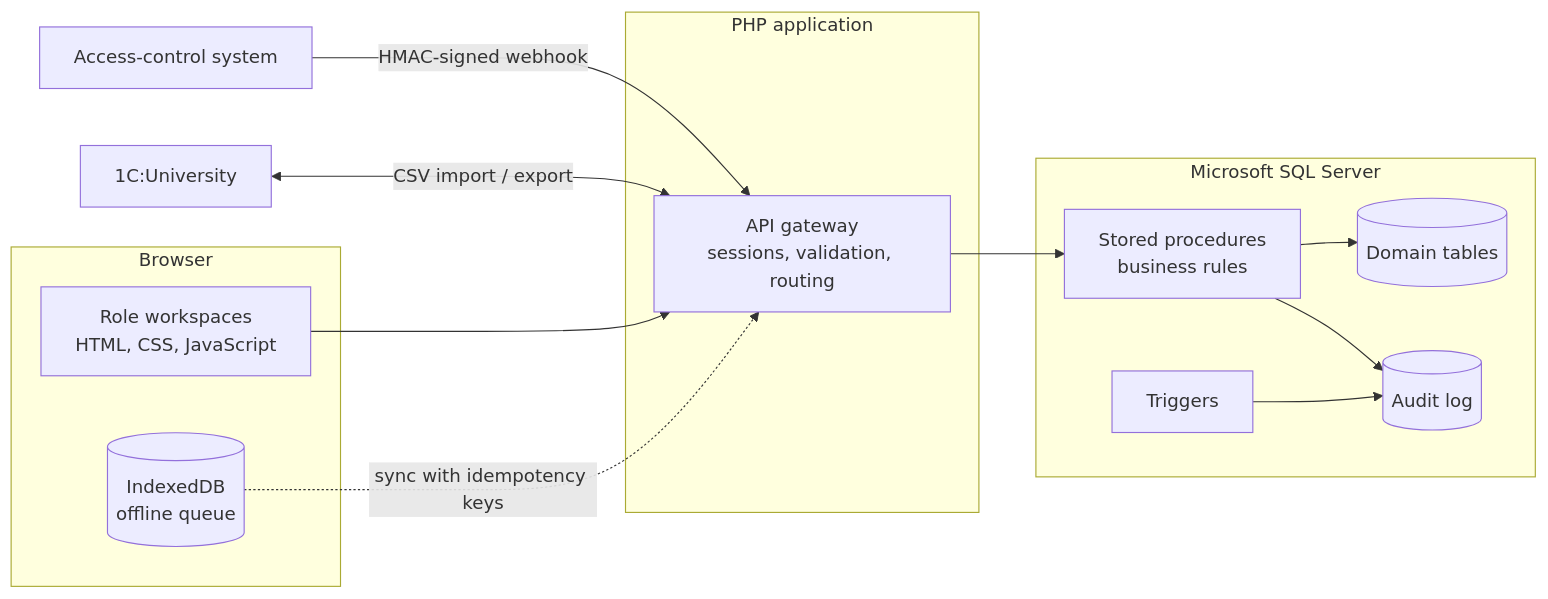
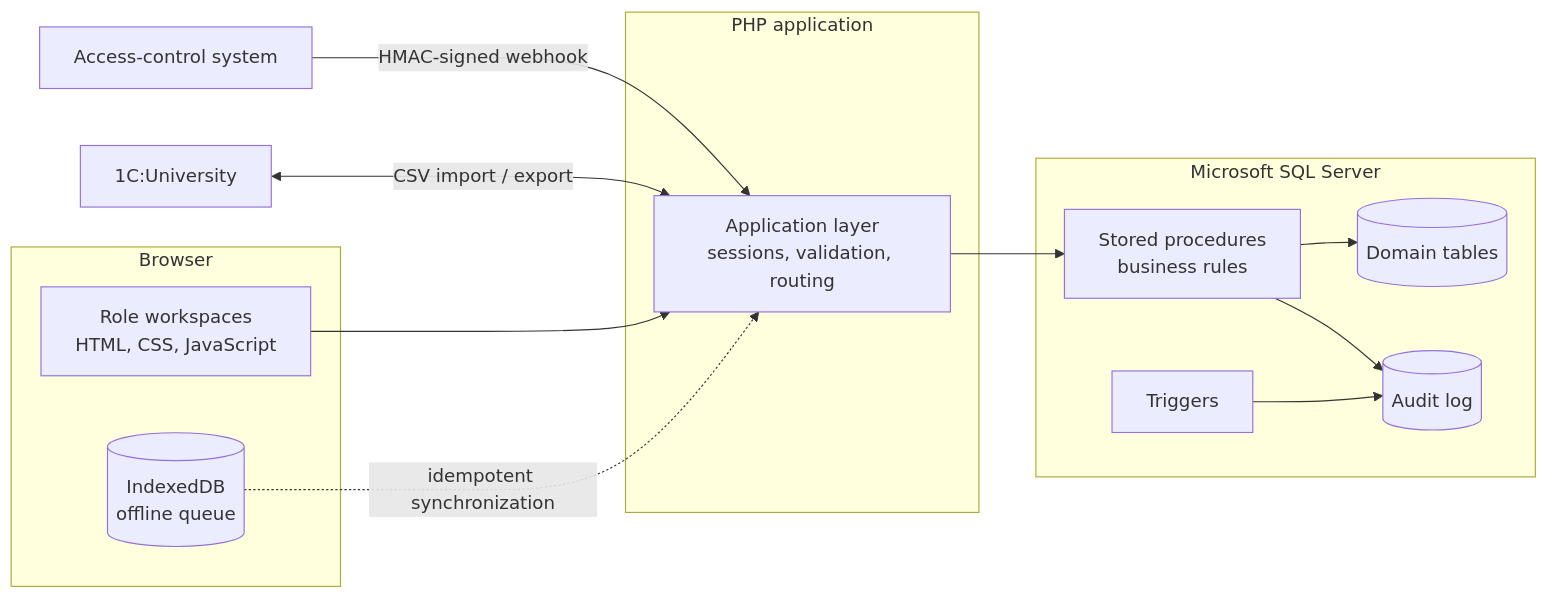
The diagram in README.md (Mustafafathi/Mustafafathi), drawn with Mermaid before and after one commit. The commit also changed other lines of this file, not shown here.

````diff
--- a/README.md
+++ b/README.md
@@ -121,24 +162,27 @@
 ```mermaid
 flowchart LR
     subgraph Browser
         UI["Role workspaces<br/>HTML, CSS, JavaScript"]
         IDB[("IndexedDB<br/>offline queue")]
     end
+
     subgraph PHP["PHP application"]
-        API["API gateway<br/>sessions, validation, routing"]
+        API["Application layer<br/>sessions, validation, routing"]
     end
+
     subgraph SQL["Microsoft SQL Server"]
         SP["Stored procedures<br/>business rules"]
         TBL[("Domain tables")]
         AUD[("Audit log")]
         TRG["Triggers"]
     end
+
     ACS["Access-control system"] -- "HMAC-signed webhook" --> API
     ERP["1C:University"] <-- "CSV import / export" --> API
     UI --> API
-    IDB -. "sync with idempotency keys" .-> API
+    IDB -. "idempotent synchronization" .-> API
     API --> SP
     SP --> TBL
     SP --> AUD
     TRG --> AUD
 ```
````
